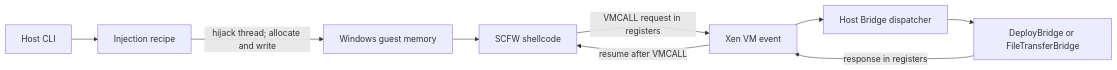
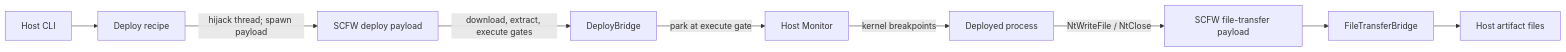
The first of 3 diagrams in examples/windows-bridge/README.md (vmi-rs/vmi), drawn with Mermaid before and after one commit. The commit also changed other lines of this file and 18 other files, not shown here.

````diff
--- a/examples/windows-bridge/README.md
+++ b/examples/windows-bridge/README.md
@@ -9,11 +9,11 @@
 ```mermaid
 flowchart LR
-    CLI[Host CLI] --> Recipe[Injection recipe]
-    Recipe -->|hijack thread; allocate and write| Guest[Windows guest memory]
-    Guest --> SCFW[SCFW shellcode]
-    SCFW -->|VMCALL request in registers| Xen[Xen VM event]
-    Xen --> Dispatch[Host Bridge dispatcher]
-    Dispatch --> Handler[DeployBridge or FileTransferBridge]
-    Handler -->|response in registers| Xen
-    Xen -->|resume after VMCALL| SCFW
+    CLI[Host CLI] --> Recipe[Deploy recipe]
+    Recipe -->|hijack thread; spawn payload| Deploy[SCFW deploy payload]
+    Deploy -->|download, extract, execute gates| DB[DeployBridge]
+    DB -->|park at execute gate| Monitor[Host Monitor]
+    Monitor -->|kernel breakpoints| Child[Deployed process]
+    Child -->|NtWriteFile / NtClose| Transfer[SCFW file-transfer payload]
+    Transfer --> FB[FileTransferBridge]
+    FB --> Output[Host artifact files]
 ```
````
